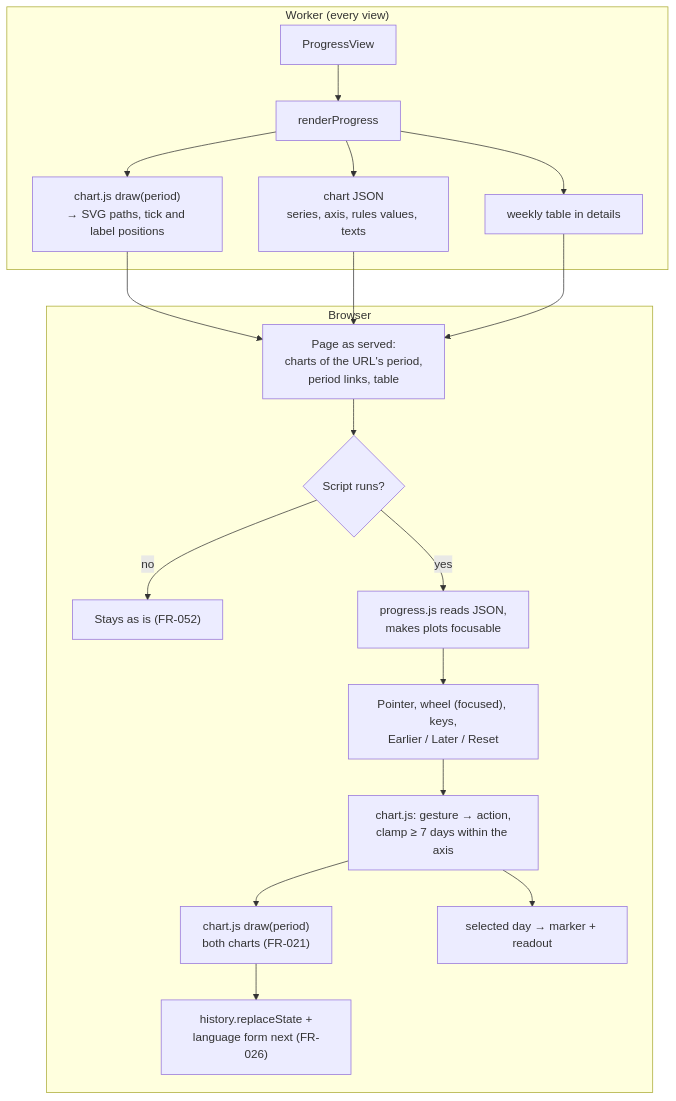
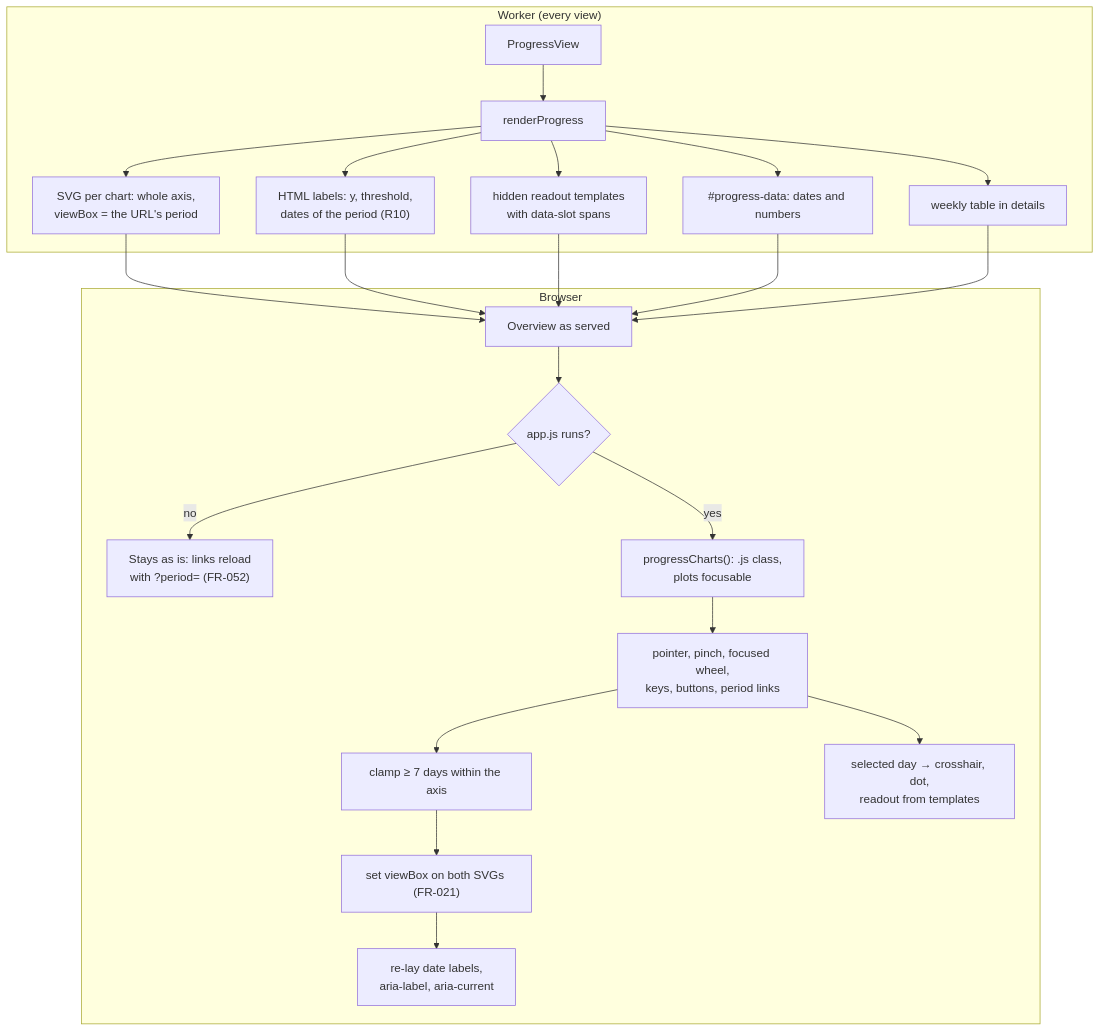
Before and after one commit to SaSteffen/RynkePoints: the fourth of 6 diagrams in specs/009-rider-progress-charts/plan.md, drawn with Mermaid. The commit also changed other lines of this file and 9 other files, not shown here.

Commit message:
docs: re-plan 009 progress charts against the current app

````diff
--- a/specs/009-rider-progress-charts/plan.md
+++ b/specs/009-rider-progress-charts/plan.md
@@ -251,20 +253,22 @@
 ```mermaid
 flowchart TB
     subgraph server["Worker (every view)"]
         pv["ProgressView"] --> sec["renderProgress"]
-        sec --> svg["chart.js draw(period)<br/>→ SVG paths, tick and label positions"]
-        sec --> json["chart JSON<br/>series, axis, rules values, texts"]
+        sec --> svg["SVG per chart: whole axis,<br/>viewBox = the URL's period"]
+        sec --> lbl["HTML labels: y, threshold,<br/>dates of the period (R10)"]
+        sec --> tpl["hidden readout templates<br/>with data-slot spans"]
+        sec --> json["#progress-data: dates and numbers"]
         sec --> table["weekly table in details"]
     end
     subgraph browser["Browser"]
-        html["Page as served:<br/>charts of the URL's period,<br/>period links, table"] --> has{"Script runs?"}
-        has -- no --> static["Stays as is (FR-052)"]
-        has -- yes --> glue["progress.js reads JSON,<br/>makes plots focusable"]
-        glue --> input["Pointer, wheel (focused), keys,<br/>Earlier / Later / Reset"]
-        input --> act["chart.js: gesture → action,<br/>clamp ≥ 7 days within the axis"]
-        act --> redraw["chart.js draw(period)<br/>both charts (FR-021)"]
-        act --> sel["selected day → marker + readout"]
-        redraw --> url["history.replaceState +<br/>language form next (FR-026)"]
+        page["Overview as served"] --> has{"app.js runs?"}
+        has -- no --> static["Stays as is: links reload<br/>with ?period= (FR-052)"]
+        has -- yes --> init["progressCharts(): .js class,<br/>plots focusable"]
+        init --> input["pointer, pinch, focused wheel,<br/>keys, buttons, period links"]
+        input --> clampp["clamp ≥ 7 days within the axis"]
+        clampp --> vb["set viewBox on both SVGs (FR-021)"]
+        vb --> relabel["re-lay date labels,<br/>aria-label, aria-current"]
+        input --> sel["selected day → crosshair, dot,<br/>readout from templates"]
     end
-    svg & json & table --> html
+    svg & lbl & tpl & json & table --> page
 ```
````
